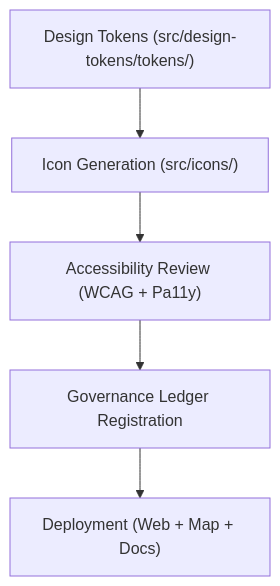
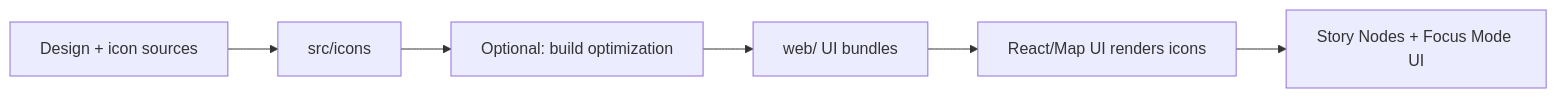
One commit to bartytime4life/Kansas-Frontier-Matrix changed the first of 2 diagrams in src/icons/README.md. Above: the diagram before and after it, drawn with Mermaid. The commit also changed other lines of this file, not shown here.

````diff
--- a/src/icons/README.md
+++ b/src/icons/README.md
@@ -80,7 +145,8 @@
-```mermaid
-flowchart TD
-A["Design Tokens (src/design-tokens/tokens/)"] --> B["Icon Generation (src/icons/)"]
-B --> C["Accessibility Review (WCAG + Pa11y)"]
-C --> D["Governance Ledger Registration"]
-D --> E["Deployment (Web + Map + Docs)"]
-```
+~~~mermaid
+flowchart LR
+  A[Design + icon sources] --> B[src/icons]
+  B --> C[Optional: build optimization]
+  C --> D[web/ UI bundles]
+  D --> E[React/Map UI renders icons]
+  E --> F[Story Nodes + Focus Mode UI]
+~~~
````
